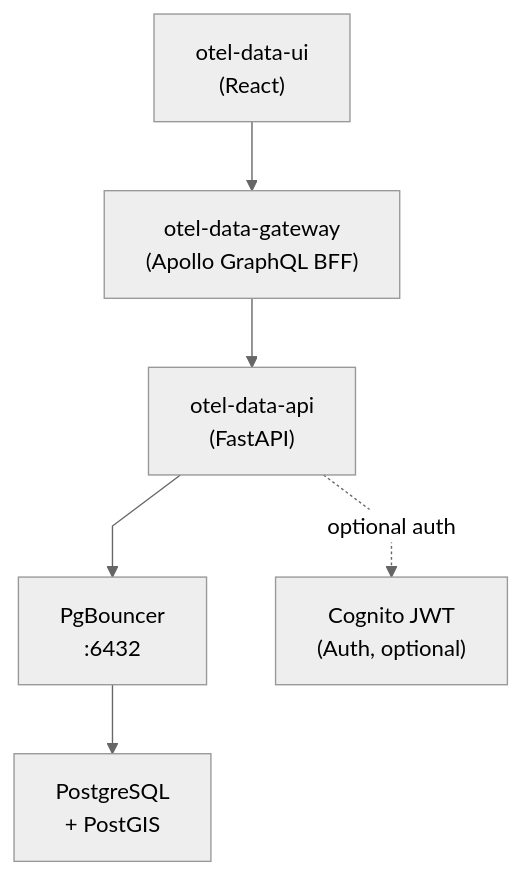
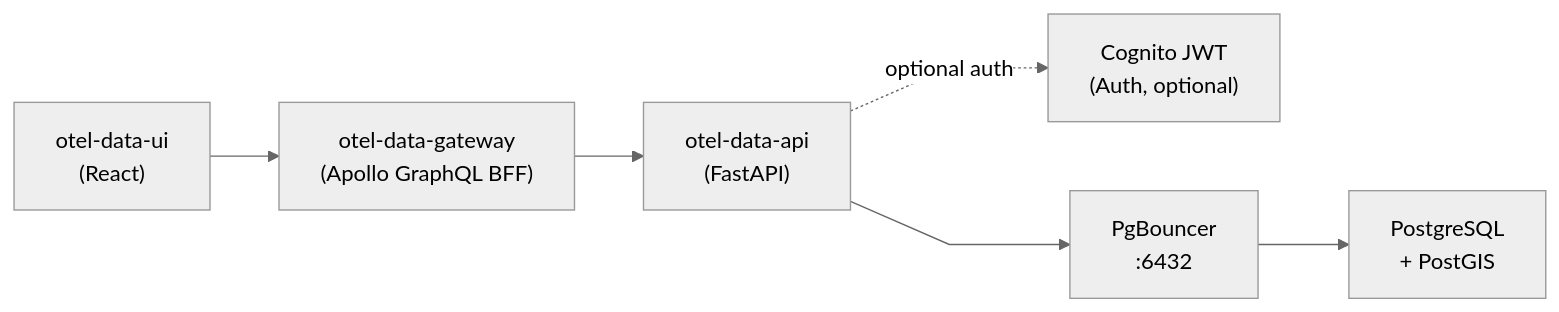
Before and after one commit to stuartshay/otel-data-api: the diagram in README.md, drawn with Mermaid.

Commit message:
docs: revert to flowchart LR, move cognito edge first to shift it to top-right

````diff
--- a/README.md
+++ b/README.md
@@ -16,9 +16,9 @@
 ```mermaid
 %%{init: {"theme": "neutral", "flowchart": {"curve": "linear"}}}%%
-flowchart TD
+flowchart LR
     ui["otel-data-ui<br/>(React)"] --> gateway["otel-data-gateway<br/>(Apollo GraphQL BFF)"]
     gateway --> api["otel-data-api<br/>(FastAPI)"]
+    api -.->|optional auth| cognito["Cognito JWT<br/>(Auth, optional)"]
     api --> pool["PgBouncer<br/>:6432"]
     pool --> db["PostgreSQL<br/>+ PostGIS"]
-    api -.->|optional auth| cognito["Cognito JWT<br/>(Auth, optional)"]
 ```
````
